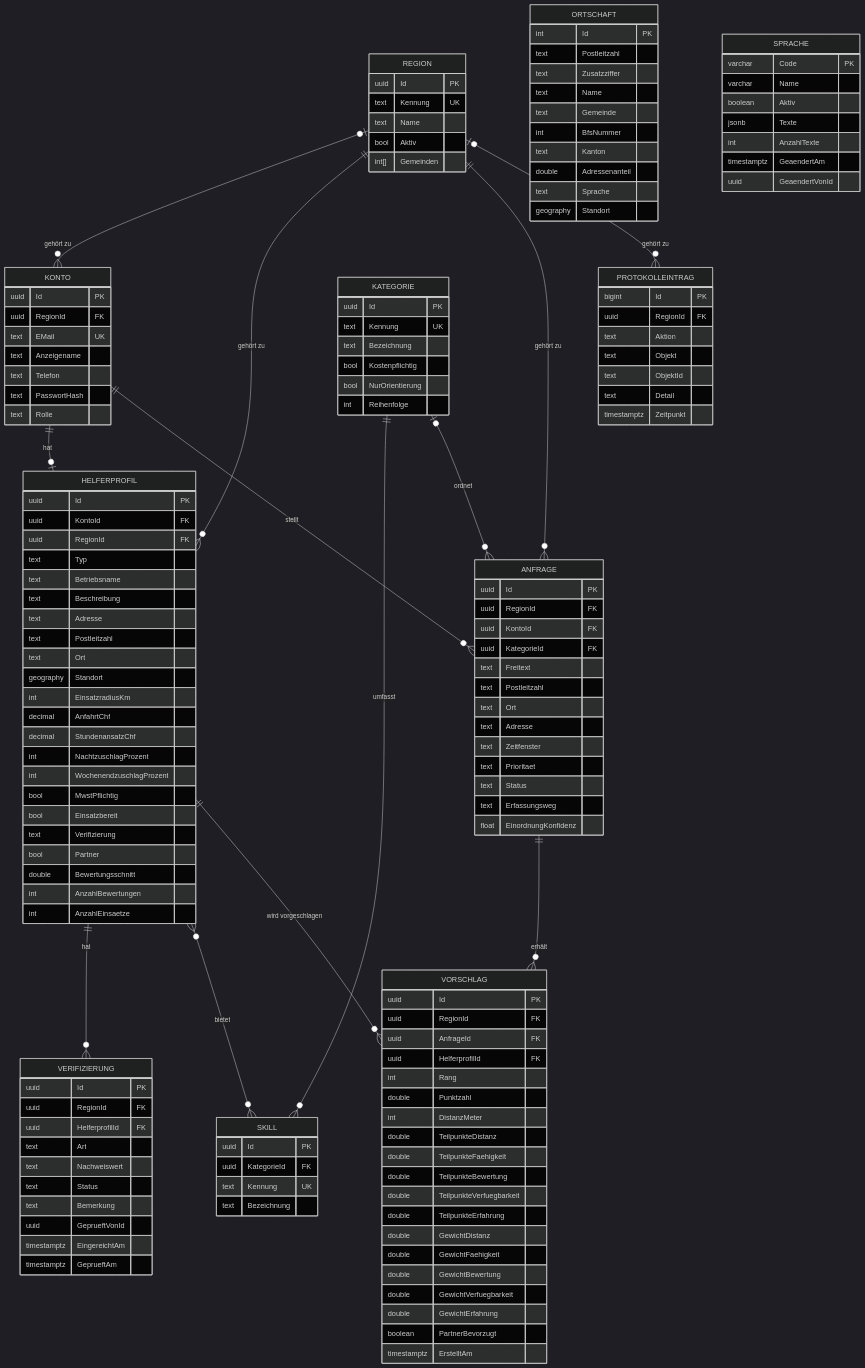
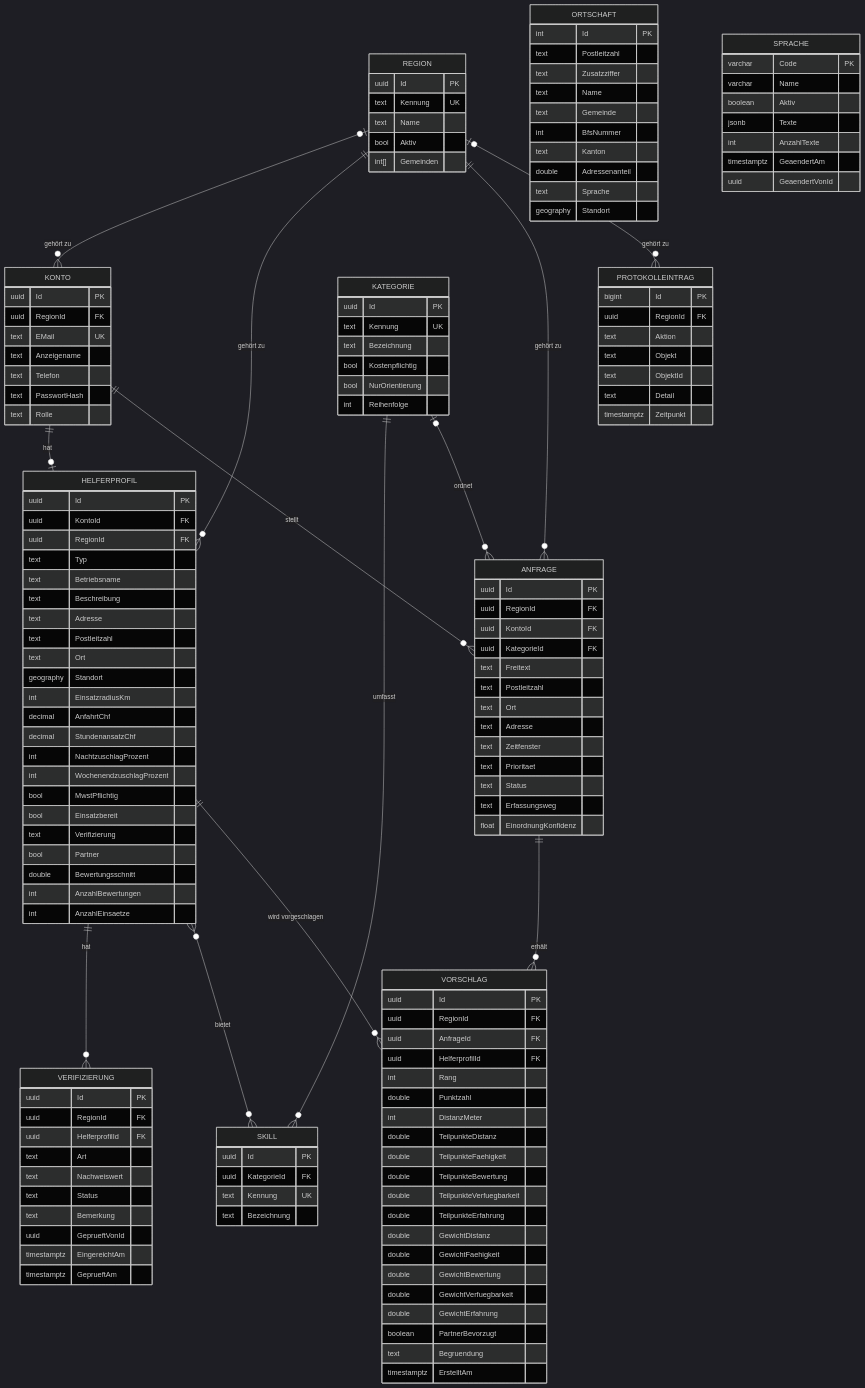
The diagram in docs/datenmodell.md (maliswiss/soforthilfe-bern-mittelland), drawn with Mermaid (dark theme) before and after one commit. The commit also changed other lines of this file and 13 other files, not shown here.

```diff
--- a/docs/datenmodell.md
+++ b/docs/datenmodell.md
@@ -140,6 +140,7 @@
     double GewichtVerfuegbarkeit
     double GewichtErfahrung
     boolean PartnerBevorzugt
+    text Begruendung
     timestamptz ErstelltAm
   }
   SPRACHE {
```
